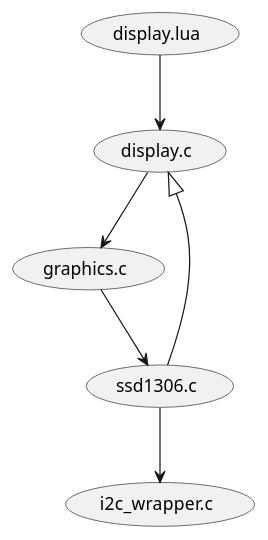
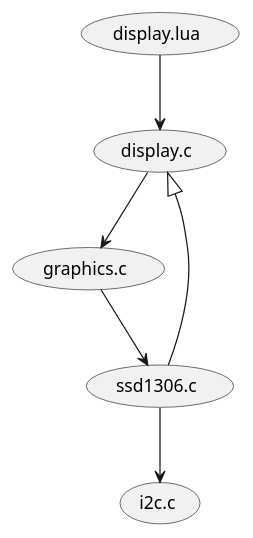
One commit to jakub-vesely/HuGo changed the diagram in components/display/display_hierarchy.plantuml. Above: the diagram before and after it, drawn with PlantUML. The commit also changed 10 other files, not shown here.

```diff
--- a/components/display/display_hierarchy.plantuml
+++ b/components/display/display_hierarchy.plantuml
@@ -1,9 +1,9 @@
 @startuml
 
 (display.lua) --> (display.c)
 (display.c) --> (graphics.c)
 (display.c) <|-- (ssd1306.c)
 (graphics.c) --> (ssd1306.c)
-(ssd1306.c) --> (i2c_wrapper.c)
+(ssd1306.c) --> (i2c.c)
 
 @enduml
```
